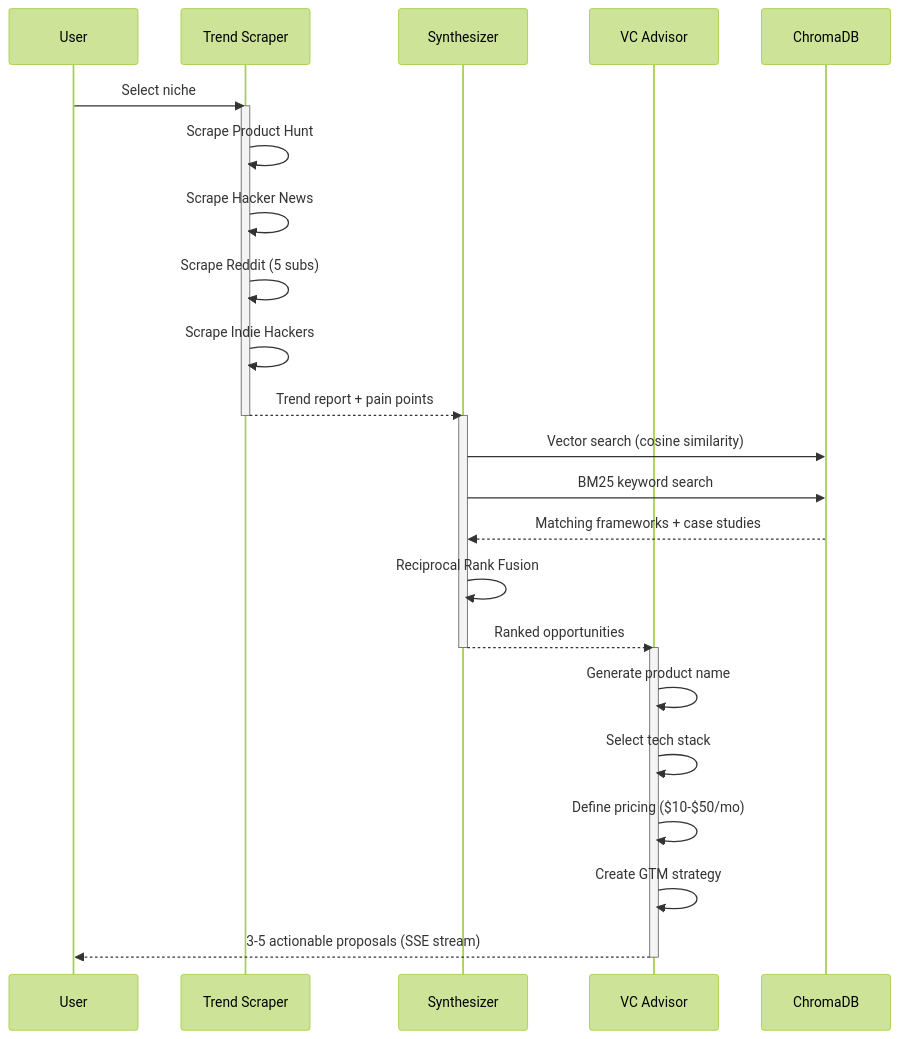
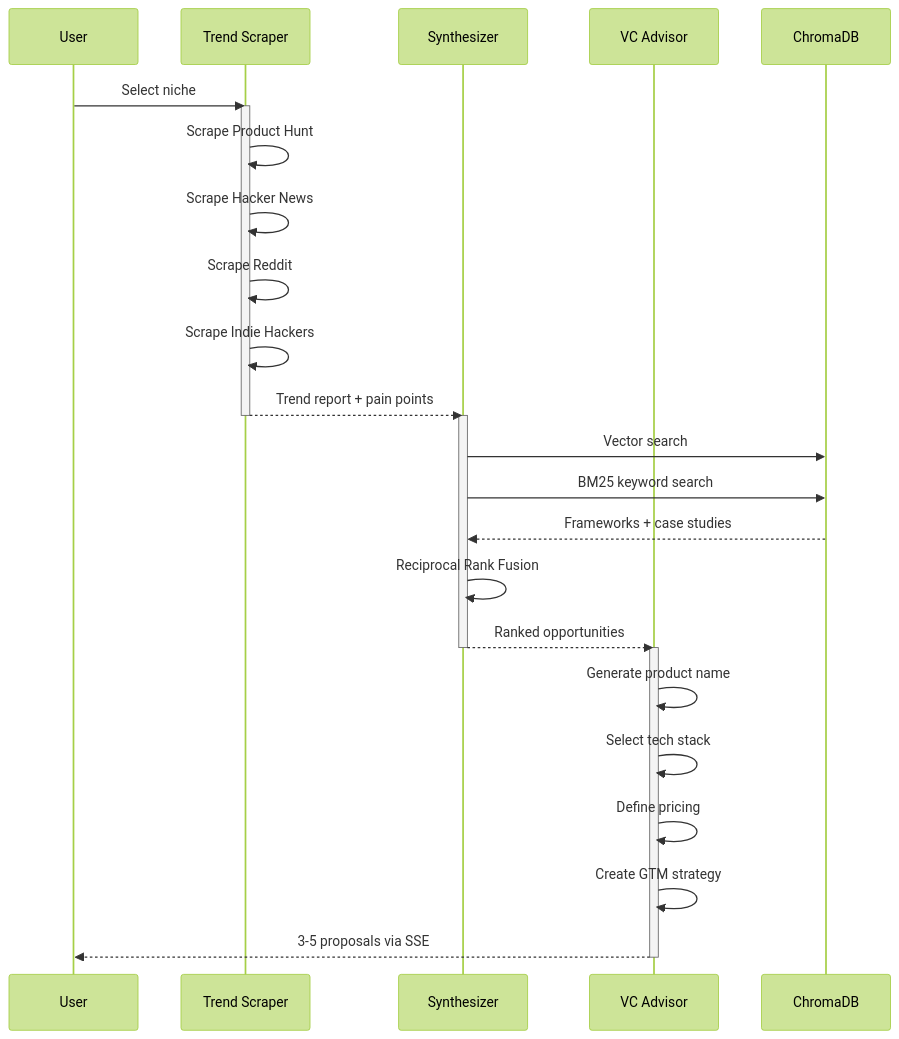
Before and after one commit to soumyachk101/IdeaForge: the second of 10 diagrams in README.md, drawn with Mermaid (forest theme). The commit also changed other lines of this file, not shown here.

First line of the commit message:
Add comprehensive Mermaid diagrams - workflow, state machine, class diagram, and more

````diff
--- a/README.md
+++ b/README.md
@@ -107,33 +86,33 @@
 ```mermaid
 sequenceDiagram
     participant U as User
     participant A1 as Trend Scraper
     participant A2 as Synthesizer
     participant A3 as VC Advisor
     participant DB as ChromaDB
 
     U->>A1: Select niche
     activate A1
     A1->>A1: Scrape Product Hunt
     A1->>A1: Scrape Hacker News
-    A1->>A1: Scrape Reddit (5 subs)
+    A1->>A1: Scrape Reddit
     A1->>A1: Scrape Indie Hackers
     A1-->>A2: Trend report + pain points
     deactivate A1
 
     activate A2
-    A2->>DB: Vector search (cosine similarity)
+    A2->>DB: Vector search
     A2->>DB: BM25 keyword search
-    DB-->>A2: Matching frameworks + case studies
+    DB-->>A2: Frameworks + case studies
     A2->>A2: Reciprocal Rank Fusion
     A2-->>A3: Ranked opportunities
     deactivate A2
 
     activate A3
     A3->>A3: Generate product name
     A3->>A3: Select tech stack
-    A3->>A3: Define pricing ($10-$50/mo)
+    A3->>A3: Define pricing
     A3->>A3: Create GTM strategy
-    A3-->>U: 3-5 actionable proposals (SSE stream)
+    A3-->>U: 3-5 proposals via SSE
     deactivate A3
 ```
````
